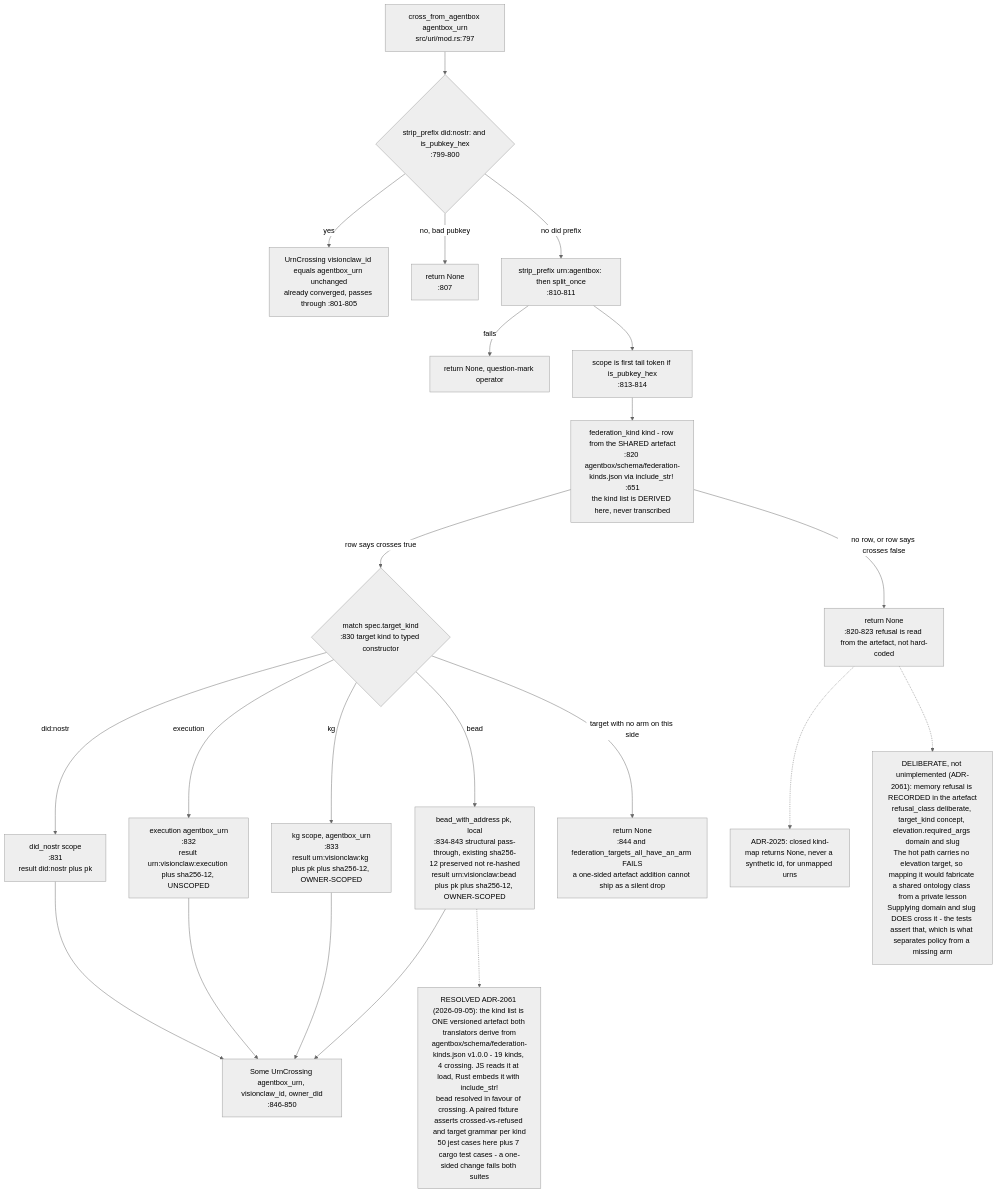
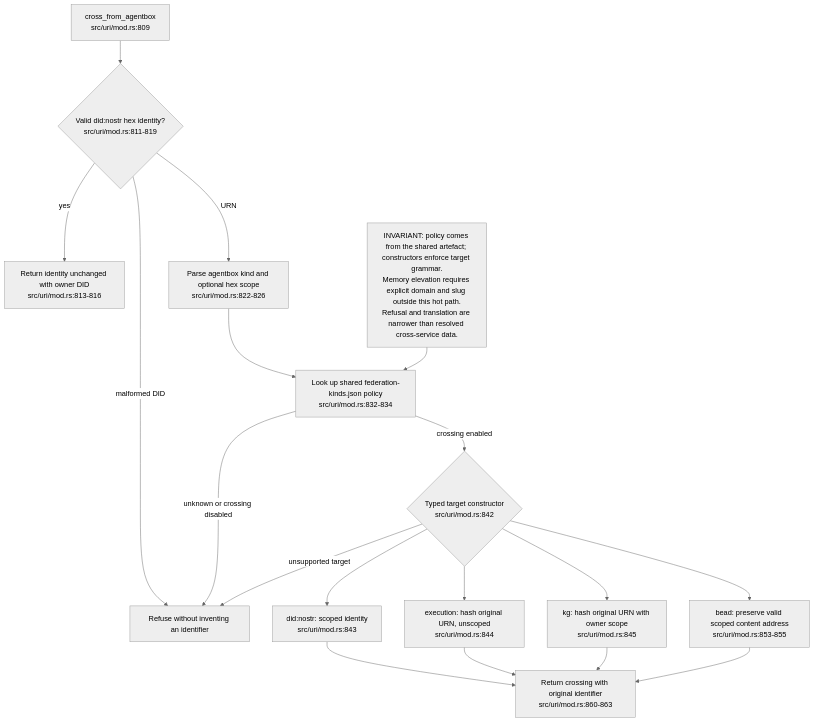
The fourth of 10 diagrams in docs/diagrams/estate/03-cross-repo-federation-contract.md (DreamLab-AI/VisionFlow), drawn with Mermaid (neutral theme) before and after one commit. The commit also changed other lines of this file and 51 other files, not shown here.

First line of the commit message:
docs(diagrams): agentbox AB-01..13 re-attested anchor by anchor (980 anchors, 22 defects); checkpoint against an out-of-mesh writer

````diff
--- a/docs/diagrams/estate/03-cross-repo-federation-contract.md
+++ b/docs/diagrams/estate/03-cross-repo-federation-contract.md
@@ -160,29 +160,20 @@
 ```mermaid
 flowchart TD
-    IN["cross_from_agentbox agentbox_urn<br/>src/uri/mod.rs:797"]
-    DIDCHECK{"strip_prefix did:nostr: and is_pubkey_hex<br/>:799-800"}
-    IN --> DIDCHECK
-    DIDCHECK -- "yes" --> PASSTHRU["UrnCrossing visionclaw_id equals agentbox_urn unchanged<br/>already converged, passes through :801-805"]
-    DIDCHECK -- "no, bad pubkey" --> NONE0["return None<br/>:807"]
-    DIDCHECK -- "no did prefix" --> STRIP["strip_prefix urn:agentbox: then split_once<br/>:810-811"]
-    STRIP -- "fails" --> NONE1["return None, question-mark operator"]
-    STRIP --> SCOPE["scope is first tail token if is_pubkey_hex<br/>:813-814"]
-    SCOPE --> LOOKUP["federation_kind kind - row from the SHARED artefact<br/>:820 agentbox/schema/federation-kinds.json via include_str! :651<br/>the kind list is DERIVED here, never transcribed"]
-    LOOKUP -- "no row, or row says crosses false" --> NONE2["return None<br/>:820-823 refusal is read from the artefact, not hard-coded"]
-    LOOKUP -- "row says crosses true" --> MATCH{"match spec.target_kind<br/>:830 target kind to typed constructor"}
-    MATCH -- "did:nostr" --> AGENTARM["did_nostr scope<br/>:831<br/>result did:nostr plus pk"]
-    MATCH -- "execution" --> ACTARM["execution agentbox_urn<br/>:832<br/>result urn:visionclaw:execution plus sha256-12, UNSCOPED"]
-    MATCH -- "kg" --> THINGARM["kg scope, agentbox_urn<br/>:833<br/>result urn:visionclaw:kg plus pk plus sha256-12, OWNER-SCOPED"]
-    MATCH -- "bead" --> BEADARM["bead_with_address pk, local<br/>:834-843 structural pass-through, existing sha256-12 preserved not re-hashed<br/>result urn:visionclaw:bead plus pk plus sha256-12, OWNER-SCOPED"]
-    MATCH -- "target with no arm on this side" --> NONE4["return None<br/>:844 and federation_targets_all_have_an_arm FAILS<br/>a one-sided artefact addition cannot ship as a silent drop"]
-    AGENTARM --> RESULT["Some UrnCrossing agentbox_urn, visionclaw_id, owner_did<br/>:846-850"]
-    ACTARM --> RESULT
-    THINGARM --> RESULT
-    BEADARM --> RESULT
-    NOTE_ADR["ADR-2025: closed kind-map returns None, never a synthetic id, for unmapped urns"]
-    NOTE_DIV["RESOLVED ADR-2061 (2026-09-05): the kind list is ONE versioned artefact both translators derive from<br/>agentbox/schema/federation-kinds.json v1.0.0 - 19 kinds, 4 crossing. JS reads it at load, Rust embeds it with include_str!<br/>bead resolved in favour of crossing. A paired fixture asserts crossed-vs-refused and target grammar per kind<br/>50 jest cases here plus 7 cargo test cases - a one-sided change fails both suites"]
-    NOTE_MEM["DELIBERATE, not unimplemented (ADR-2061): memory refusal is RECORDED in the artefact<br/>refusal_class deliberate, target_kind concept, elevation.required_args domain and slug<br/>The hot path carries no elevation target, so mapping it would fabricate a shared ontology class from a private lesson<br/>Supplying domain and slug DOES cross it - the tests assert that, which is what separates policy from a missing arm"]
-    BEADARM -.-> NOTE_DIV
-    NONE2 -.-> NOTE_MEM
-    NONE2 -.-> NOTE_ADR
+    IN["cross_from_agentbox<br/>src/uri/mod.rs:809"] --> DID{"Valid did:nostr hex identity?<br/>src/uri/mod.rs:811-819"}
+    DID -->|yes| SAME["Return identity unchanged with owner DID<br/>src/uri/mod.rs:813-816"]
+    DID -->|malformed DID| NO["Refuse without inventing an identifier"]
+    DID -->|URN| PARSE["Parse agentbox kind and optional hex scope<br/>src/uri/mod.rs:822-826"]
+    PARSE --> ROW["Look up shared federation-kinds.json policy<br/>src/uri/mod.rs:832-834"]
+    ROW -->|unknown or crossing disabled| NO
+    ROW -->|crossing enabled| TARGET{"Typed target constructor<br/>src/uri/mod.rs:842"}
+    TARGET --> ID["did:nostr: scoped identity<br/>src/uri/mod.rs:843"]
+    TARGET --> EXEC["execution: hash original URN, unscoped<br/>src/uri/mod.rs:844"]
+    TARGET --> KG["kg: hash original URN with owner scope<br/>src/uri/mod.rs:845"]
+    TARGET --> BEAD["bead: preserve valid scoped content address<br/>src/uri/mod.rs:853-855"]
+    TARGET -->|unsupported target| NO
+    ID --> OUT["Return crossing with original identifier<br/>src/uri/mod.rs:860-863"]
+    EXEC --> OUT
+    KG --> OUT
+    BEAD --> OUT
+    NOTE["INVARIANT: policy comes from the shared artefact; constructors enforce target grammar.<br/>Memory elevation requires explicit domain and slug outside this hot path.<br/>Refusal and translation are narrower than resolved cross-service data."] --> ROW
 ```
````
